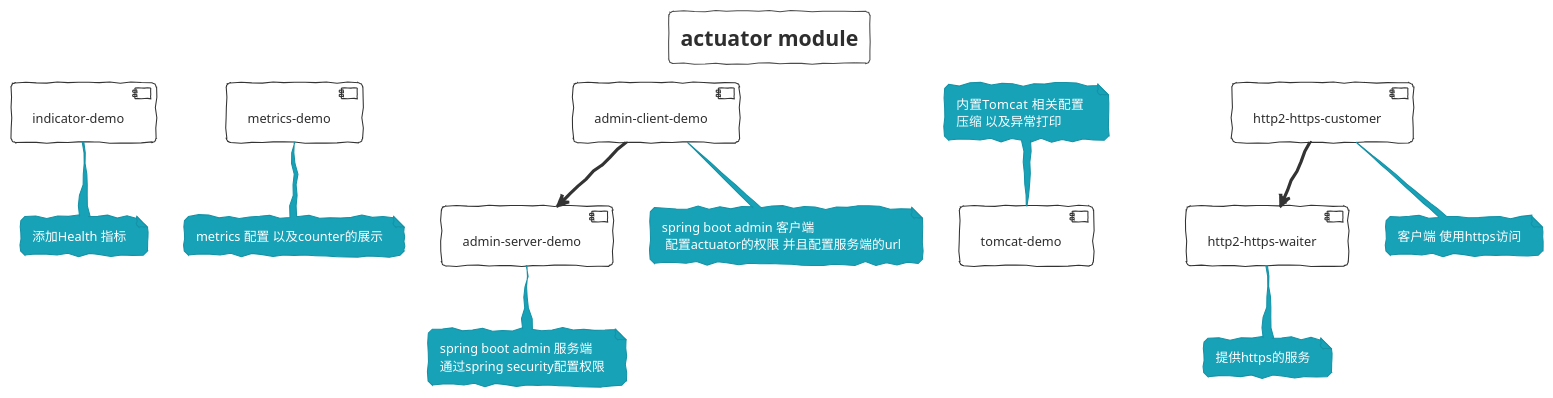
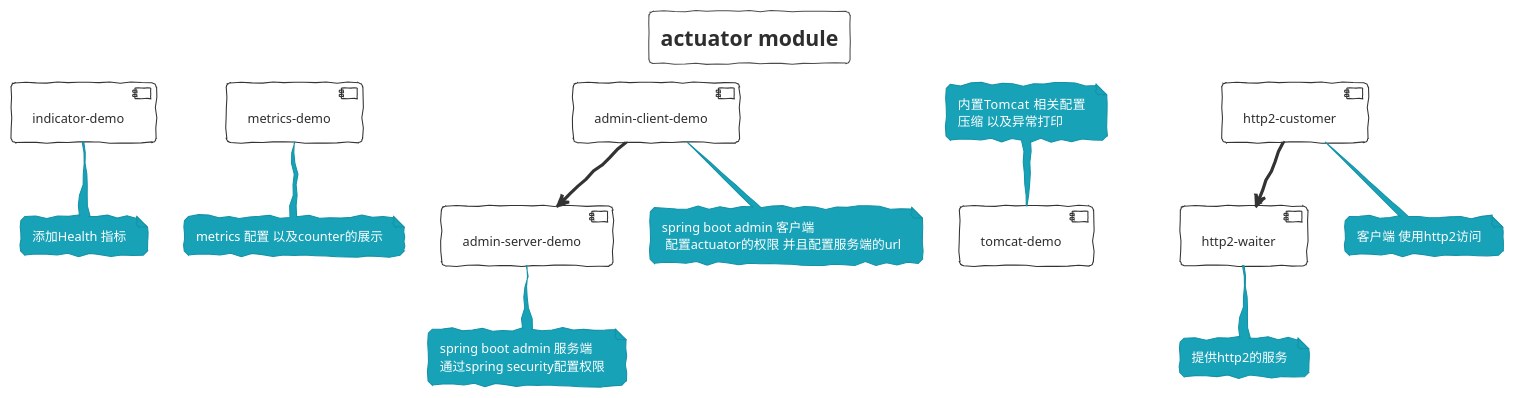
Before and after one commit to FantasybabyChange/springStudyProject: the diagram in spring-boot-actuator/Module.puml, drawn with PlantUML. The commit also changed 78 other files, not shown here.

```diff
--- a/spring-boot-actuator/Module.puml
+++ b/spring-boot-actuator/Module.puml
@@ -1,41 +1,41 @@
 @startuml ACTUATOR_MODULE
 !theme sketchy-outline
 title actuator module
 [indicator-demo] as id
 [metrics-demo] as md
 [admin-server-demo] as asd
 [admin-client-demo] as acd
 [tomcat-demo] as td
 
-[http2-https-customer] as hhc
-[http2-https-waiter] as hhw
+[http2-customer] as hhc
+[http2-waiter] as hhw
 note bottom of id
     添加Health 指标
 end note
 
 note bottom of md
   metrics 配置 以及counter的展示
 end note
 note bottom of asd
  spring boot admin 服务端
  通过spring security配置权限
 end note
 note bottom of acd
 spring boot admin 客户端
  配置actuator的权限 并且配置服务端的url
 end note
 acd -->asd
 note top of td
-内置Tomcat  相关配置 
+内置Tomcat  相关配置
 压缩 以及异常打印
 end note
 
 note bottom of hhc
-客户端 使用https访问
+客户端 使用http2访问
 end note
 
 note bottom of hhw
-提供https的服务
+提供http2的服务
 end note
 hhc-->hhw
 @enduml
```
